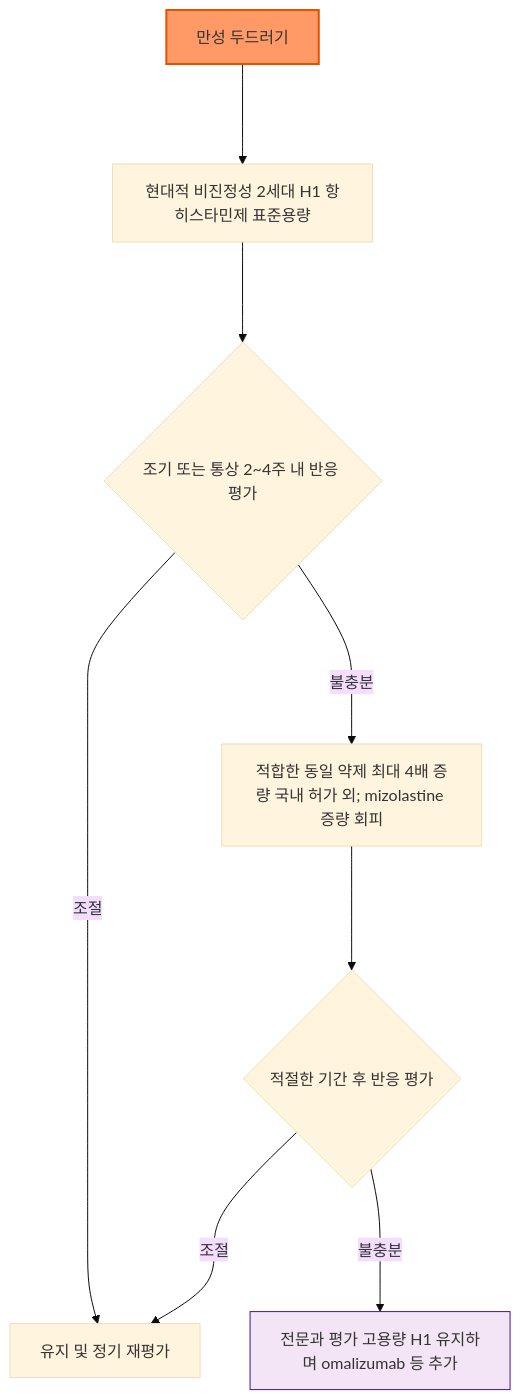
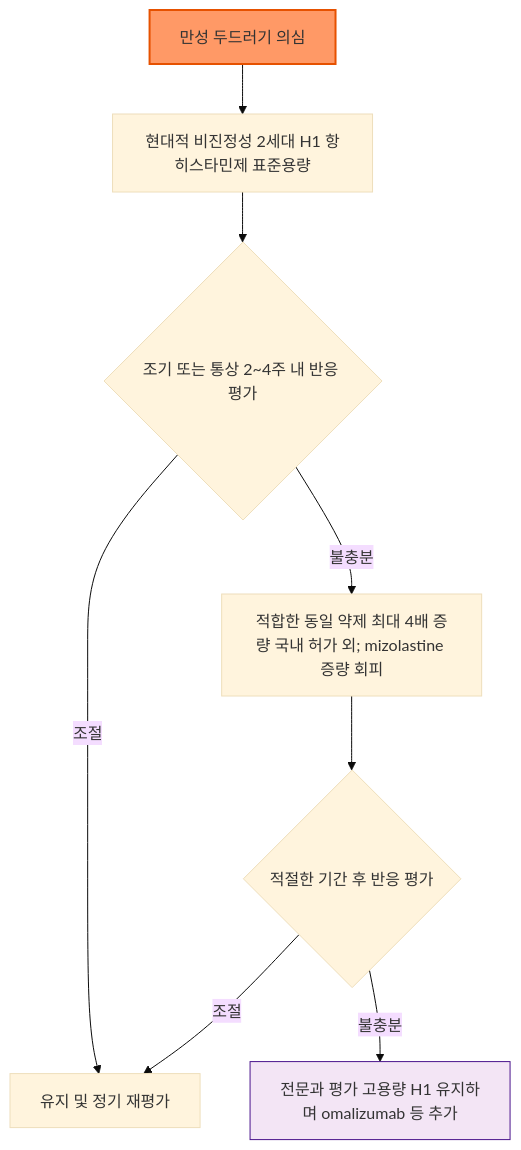
The second of 2 diagrams in 231_/212_-antihistamines.md (familyoh77/familyoh77), drawn with Mermaid (base theme) before and after one commit. The commit also changed other lines of this file and 9 other files, not shown here.

````diff
--- a/231_/212_-antihistamines.md
+++ b/231_/212_-antihistamines.md
@@ -58,12 +65,12 @@
 ```mermaid
 graph TD
-    U["만성 두드러기"] ---> V["현대적 비진정성 2세대 H1 항히스타민제 표준용량"]
-    V ---> W{"조기 또는 통상 2~4주 내 반응 평가"}
-    W --->|조절| X["유지 및 정기 재평가"]
-    W --->|불충분| Y["적합한 동일 약제 최대 4배 증량 국내 허가 외; mizolastine 증량 회피"]
-    Y ---> Z{"적절한 기간 후 반응 평가"}
-    Z --->|조절| X
-    Z --->|불충분| O["전문과 평가 고용량 H1 유지하며 omalizumab 등 추가"]
+    U["만성 두드러기 의심"] --> V["현대적 비진정성 2세대 H1 항히스타민제 표준용량"]
+    V --> W{"조기 또는 통상 2~4주 내 반응 평가"}
+    W -->|조절| X["유지 및 정기 재평가"]
+    W -->|불충분| Y["적합한 동일 약제 최대 4배 증량 국내 허가 외; mizolastine 증량 회피"]
+    Y --> Z{"적절한 기간 후 반응 평가"}
+    Z -->|조절| X
+    Z -->|불충분| O["전문과 평가 고용량 H1 유지하며 omalizumab 등 추가"]
     style U fill:#f96,stroke:#e65100,stroke-width:2px
     style O fill:#f3e5f5,stroke:#4a148c
 ```
````
